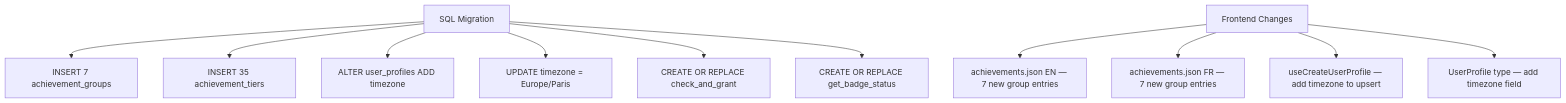
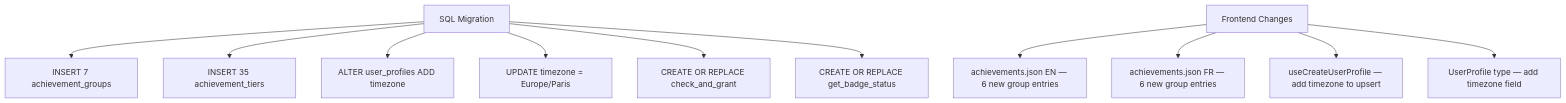
Before and after one commit to PierreTsia/workout-app: the second of 3 diagrams in docs/Tech_Plan_—_New_Achievement_Tracks_#218.md, drawn with Mermaid. The commit also changed other lines of this file and 1 other file, not shown here.

````diff
--- a/docs/Tech_Plan_—_New_Achievement_Tracks_#218.md
+++ b/docs/Tech_Plan_—_New_Achievement_Tracks_#218.md
@@ -591,16 +555,16 @@
 ```mermaid
 graph TD
     Migration["SQL Migration"]
     Migration --> SeedGroups["INSERT 7 achievement_groups"]
     Migration --> SeedTiers["INSERT 35 achievement_tiers"]
     Migration --> TimezoneCol["ALTER user_profiles ADD timezone"]
     Migration --> TimezoneBackfill["UPDATE timezone = Europe/Paris"]
     Migration --> ReplaceRPC1["CREATE OR REPLACE check_and_grant"]
     Migration --> ReplaceRPC2["CREATE OR REPLACE get_badge_status"]
 
     Frontend["Frontend Changes"]
-    Frontend --> i18nEN["achievements.json EN — 7 new group entries"]
-    Frontend --> i18nFR["achievements.json FR — 7 new group entries"]
+    Frontend --> i18nEN["achievements.json EN — 6 new group entries"]
+    Frontend --> i18nFR["achievements.json FR — 6 new group entries"]
     Frontend --> TZCapture["useCreateUserProfile — add timezone to upsert"]
     Frontend --> TypeUpdate["UserProfile type — add timezone field"]
 ```
````
